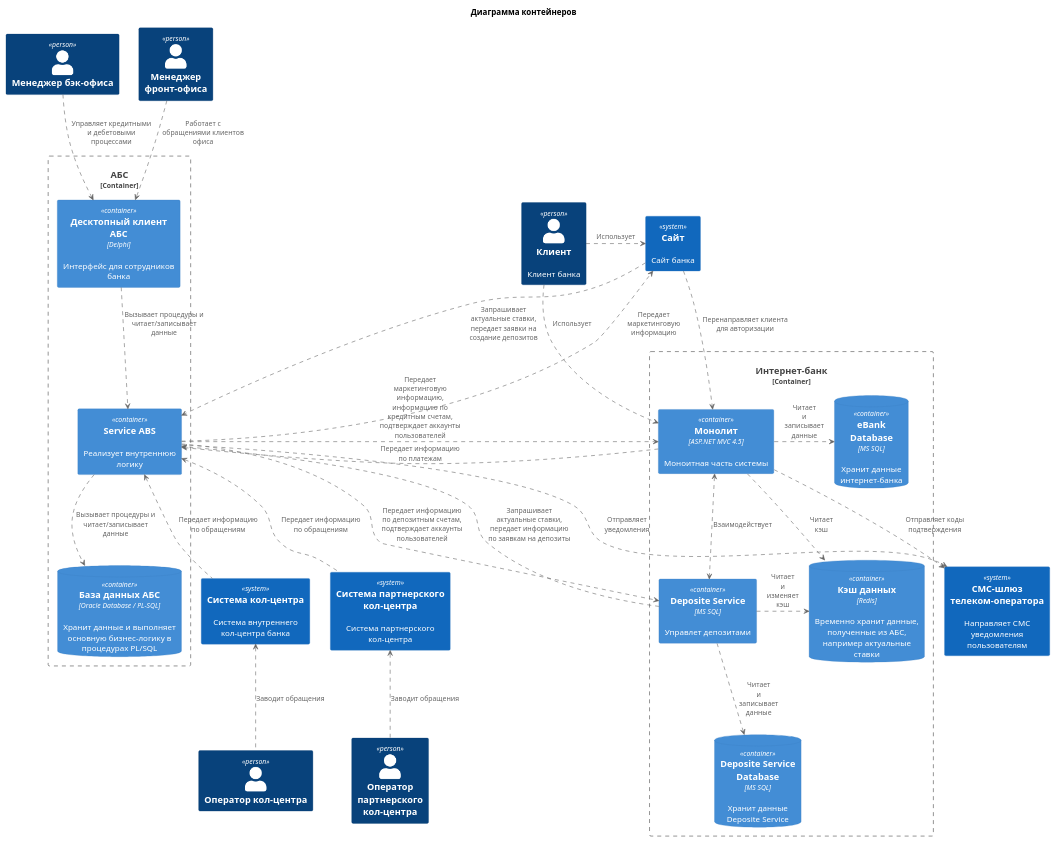
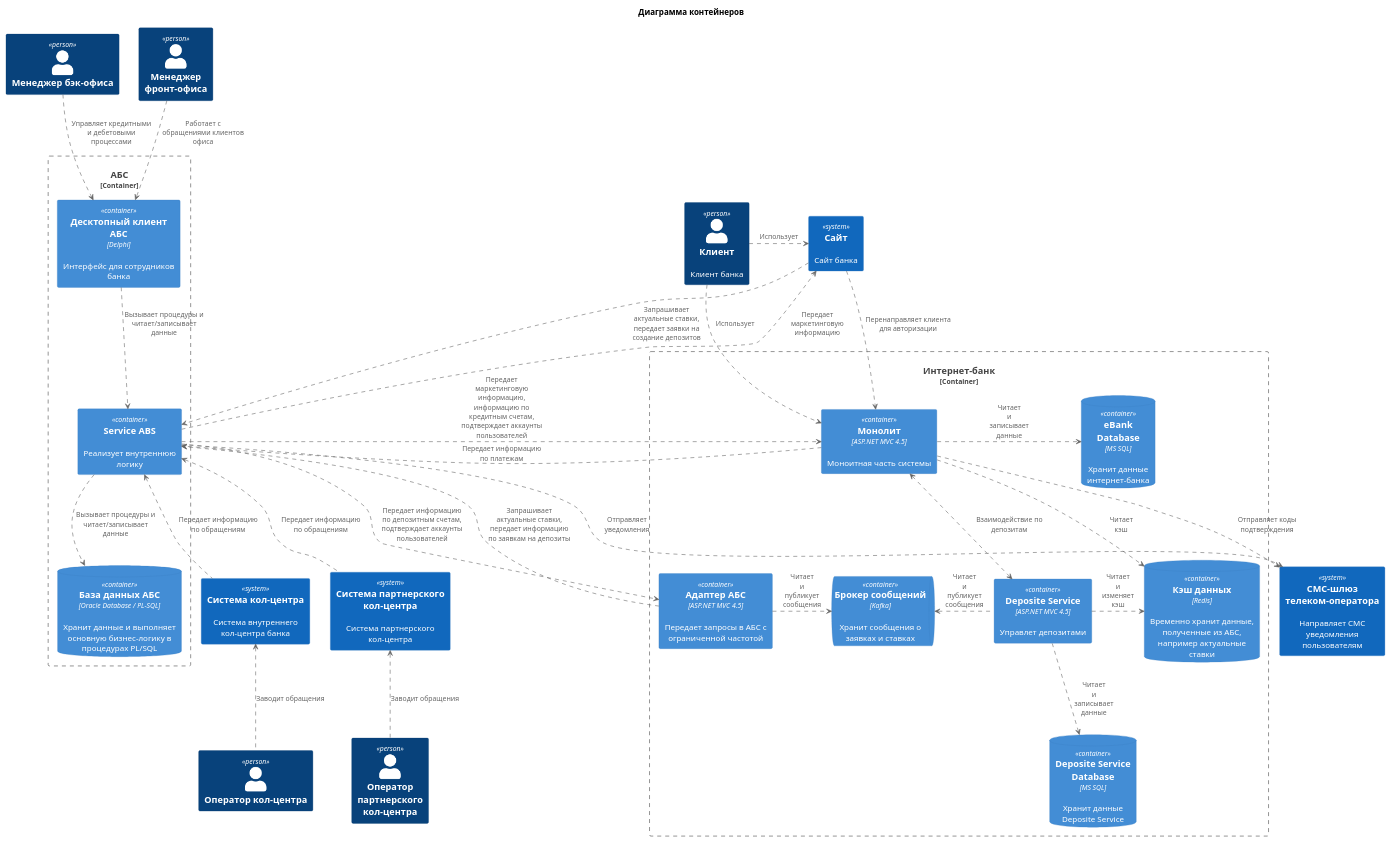
Before and after one commit to PAKETIKk/architecture-standart: the diagram in Task3/diagrams/container.puml, drawn with PlantUML. The commit also changed 11 other files, not shown here.

```diff
--- a/Task3/diagrams/container.puml
+++ b/Task3/diagrams/container.puml
@@ -1,71 +1,79 @@
 @startuml 
 title Диаграмма контейнеров
 !include ./uml-lib/C4_Container.puml 
 ' Пользователи
 Person(user, "Клиент", "Клиент банка")
 Person(backManager, "Менеджер бэк-офиса")
 Person(frontManager, "Менеджер фронт-офиса")
 Person(operator, "Оператор кол-центра")
 Person(partnerOperator, "Оператор партнерского кол-центра")
 ' Системы
 Container_Boundary(ABS, "АБС"){
     ' Сервисы
     Container(absClient, "Десктопный клиент АБС", "Delphi", "Интерфейс для сотрудников банка")
     Container(absService, "Service ABS", "", "Реализует внутреннюю логику")
     ContainerDb(absDb, "База данных АБС", "Oracle Database / PL-SQL", "Хранит данные и выполняет основную бизнес-логику в процедурах PL/SQL")
     ' Связи
     absClient ..> absService: "Вызывает процедуры и читает/записывает данные"
     absService ..> absDb: "Вызывает процедуры и читает/записывает данные"
 }
 Container_Boundary(ebank, "Интернет-банк"){
     ' Сервисы
     Container(monolith, "Монолит", "ASP.NET MVC 4.5", "Моноитная часть системы")
     ContainerDb(ebankBD, "eBank\nDatabase", "MS SQL", "Хранит данные\nинтернет-банка")
 
     ContainerDb(cache, "Кэш данных", "Redis", "Временно хранит данные, полученные из АБС, например актуальные ставки")
 
-    Container(depositeService, "Deposite Service", "MS SQL", "Управлет депозитами")
+    Container(depositeService, "Deposite Service", "ASP.NET MVC 4.5", "Управлет депозитами")
     ContainerDb(depositeServiceDB, "Deposite Service Database", "MS SQL", "Хранит данные\nDeposite Service")
+
+    Container(absAdapter, "Адаптер АБС", "ASP.NET MVC 4.5", "Передает запросы в АБС с ограниченной частотой")
+
+    ContainerQueue(broker, "Брокер сообщений", "Kafka", "Хранит сообщения о заявках и ставках")
+
     ' Связи
     monolith .right.> ebankBD: "Читает\nи\nзаписывает\nданные"
     monolith .right.> cache: "Читает\nкэш"
 
     depositeService .right.> depositeServiceDB: "Читает\nи\nзаписывает\nданные"
     depositeService .right.> cache: "Читает\nи\nизменяет\nкэш"
 
-    monolith <.down.> depositeService: Взаимодействует
+    depositeService .left.> broker: "Читает\nи\nпубликует\nсообщения"
+    absAdapter .right.> broker: "Читает\nи\nпубликует\nсообщения"
+
+    monolith <.down.> depositeService: Взаимодействие по депозитам
     ' Подсказка для рендера
     ebankBD -[hidden]down- cache
     cache -[hidden]down- depositeServiceDB
 }
 System(site, "Сайт", "Сайт банка")
 System(callCenter, "Система кол-центра", "Система внутреннего кол-центра банка")
 System(partnerCallCenter, "Система партнерского кол-центра", "Система партнерского кол-центра")
 System(SMSGateway, "СМС-шлюз телеком-оператора", "Направляет СМС уведомления пользователям")
 ' Взаимодействия
 user .right.> site: "Использует"
 site ..> absService: "Запрашивает актуальные ставки, передает заявки на создание депозитов"
 absService ..> site: "Передает маркетинговую информацию"
 
 site ..> monolith: "Перенаправляет клиента для авторизации"
 
 user .down.> monolith: "Использует"
 monolith ..> absService: "Передает информацию по платежам"
-depositeService .down.> absService: "Запрашивает актуальные ставки, передает информацию по заявкам на депозиты"
-absService ..> depositeService: "Передает информацию по депозитным счетам, подтверждает аккаунты пользователей"
+absAdapter .down.> absService: "Запрашивает актуальные ставки, передает информацию по заявкам на депозиты"
+absService ..> absAdapter: "Передает информацию по депозитным счетам, подтверждает аккаунты пользователей"
 
 absService ..> monolith: "Передает маркетинговую информацию, информацию по кредитным счетам, подтверждает аккаунты пользователей"
 
 backManager ..> absClient: "Управляет кредитными и дебетовыми процессами"
 frontManager ..> absClient: "Работает с обращениями клиентов офиса"
 
 absService <.. callCenter: "Передает информацию по обращениям"
 callCenter <.. operator: "Заводит обращения"
 partnerCallCenter <.. partnerOperator: "Заводит обращения"
 absService <.. partnerCallCenter: "Передает информацию по обращениям"
 
 monolith ..> SMSGateway: "Отправляет коды подтверждения"
 absService ..> SMSGateway: "Отправляет уведомления"
 ' Подсказка для рендера
 monolith -[hidden]left- site
 @enduml
```
